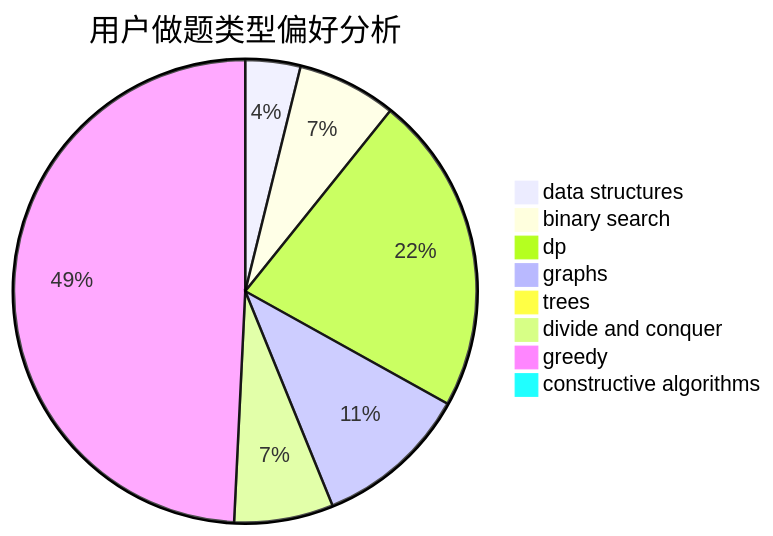
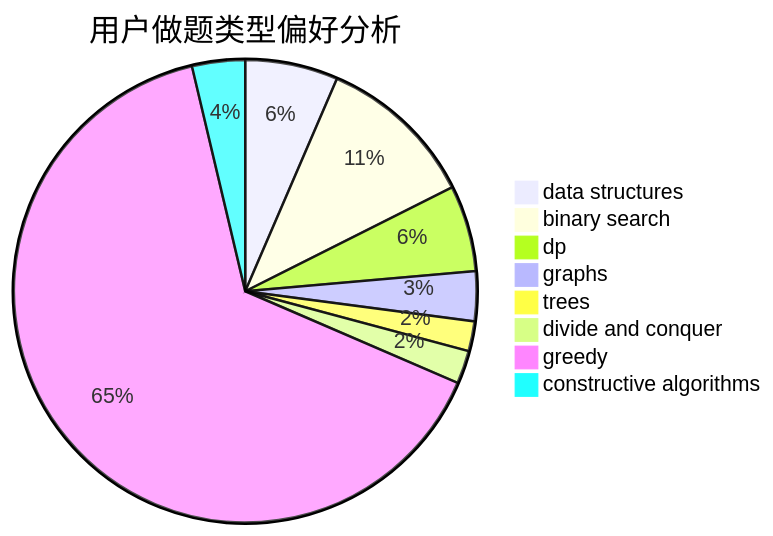
The second of 3 diagrams in docs/user/u528.md (sherpahu/cfrs.github.io), drawn with Mermaid before and after one commit. The commit also changed other lines of this file and 2770 other files, not shown here.

````diff
--- a/docs/user/u528.md
+++ b/docs/user/u528.md
@@ -23,11 +23,11 @@
 ```mermaid
 pie title 用户做题类型偏好分析
-    "data structures" :  5
-    "binary search" :  9
-    "dp" :  29
-    "graphs" :  14
-    "trees" :  0
-    "divide and conquer" :  9
-    "greedy" :  64
-    "constructive algorithms" :  0
+    "data structures" :  28
+    "binary search" :  48
+    "dp" :  26
+    "graphs" :  15
+    "trees" :  9
+    "divide and conquer" :  10
+    "greedy" :  280
+    "constructive algorithms" :  16
 ```
````
